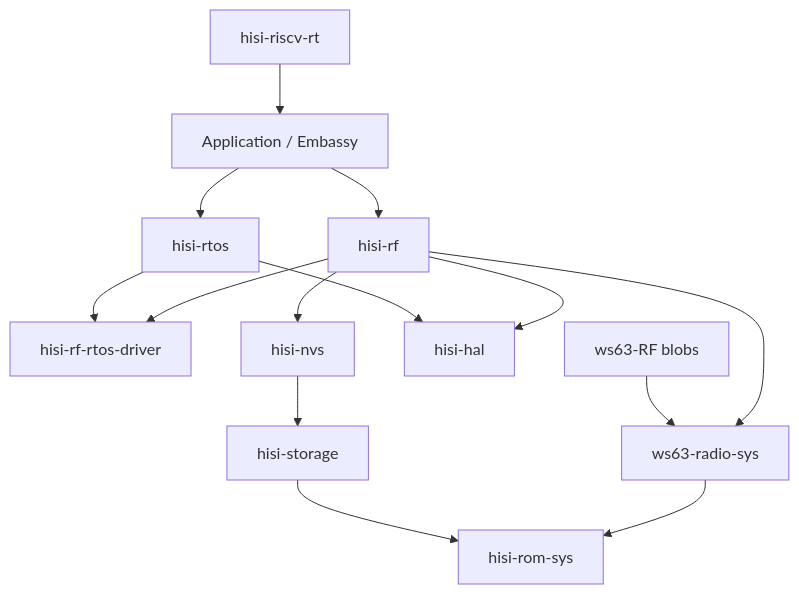
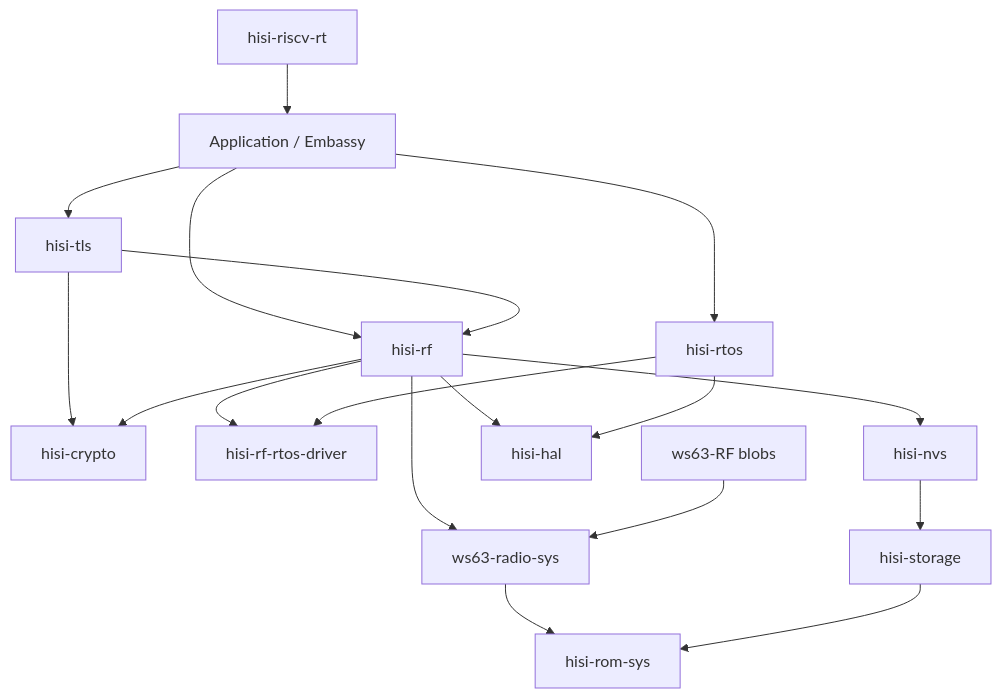
The diagram in docs/plan/hisi-connectivity-stack.md (hispark-rs/hisi-riscv-rs), drawn with Mermaid before and after one commit. The commit also changed other lines of this file and 5 other files, not shown here.

Commit message:
docs(rf): define crypto and TLS backend boundaries

````diff
--- a/docs/plan/hisi-connectivity-stack.md
+++ b/docs/plan/hisi-connectivity-stack.md
@@ -20,16 +20,20 @@
 ```mermaid
 graph TD
   APP["Application / Embassy"] --> RF["hisi-rf"]
   APP --> RTOS["hisi-rtos"]
+  APP --> TLS["hisi-tls"]
+  TLS --> CRYPTO["hisi-crypto"]
+  TLS --> RF
+  RF --> CRYPTO
   RF --> SYS["ws63-radio-sys"]
   RF --> DRIVER["hisi-rf-rtos-driver"]
   RTOS --> DRIVER
   RF --> NVS["hisi-nvs"]
   NVS --> STORAGE["hisi-storage"]
   SYS --> ROM["hisi-rom-sys"]
   STORAGE --> ROM
   RF --> HAL["hisi-hal"]
   RTOS --> HAL
   RT["hisi-riscv-rt"] --> APP
   BLOB["ws63-RF blobs"] --> SYS
 ```
````
